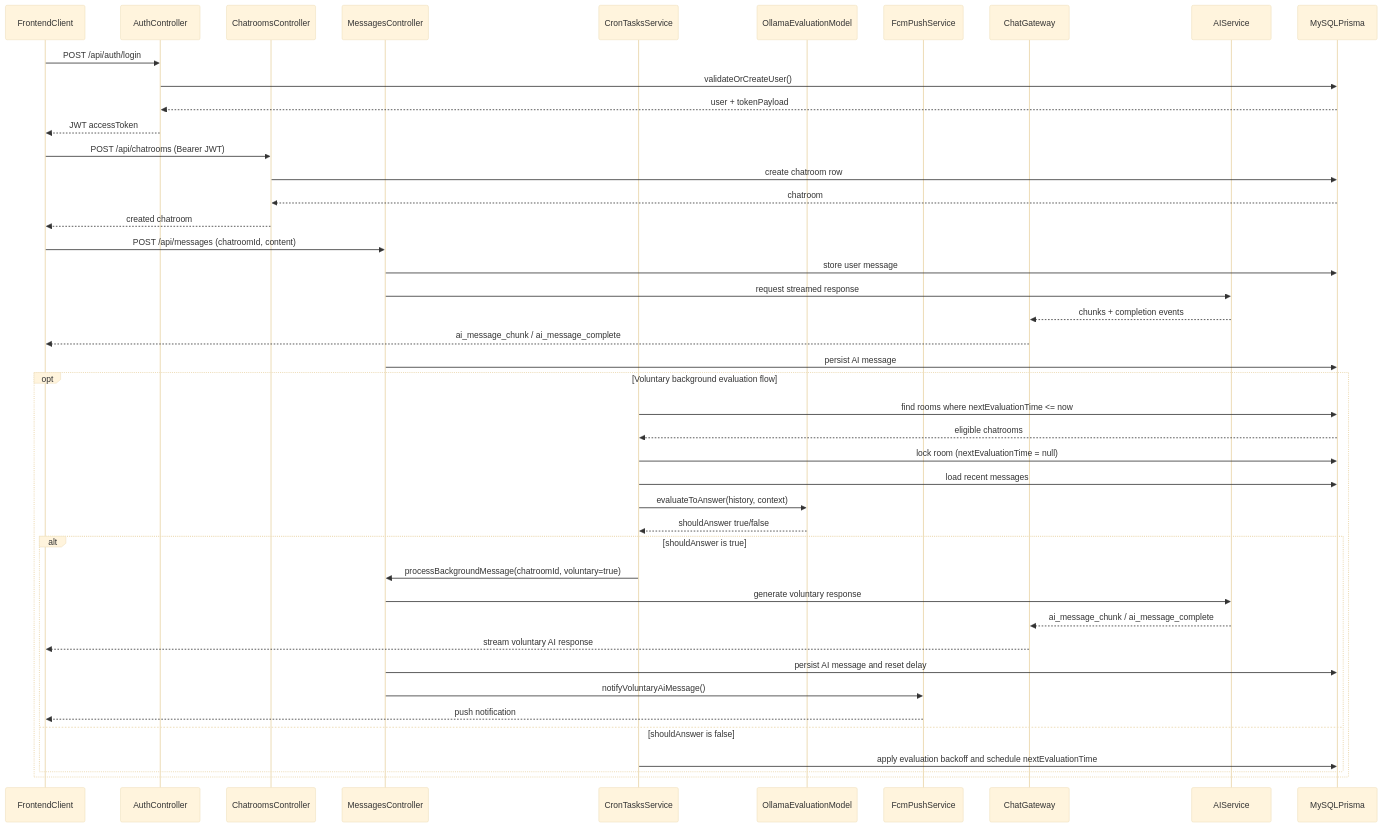
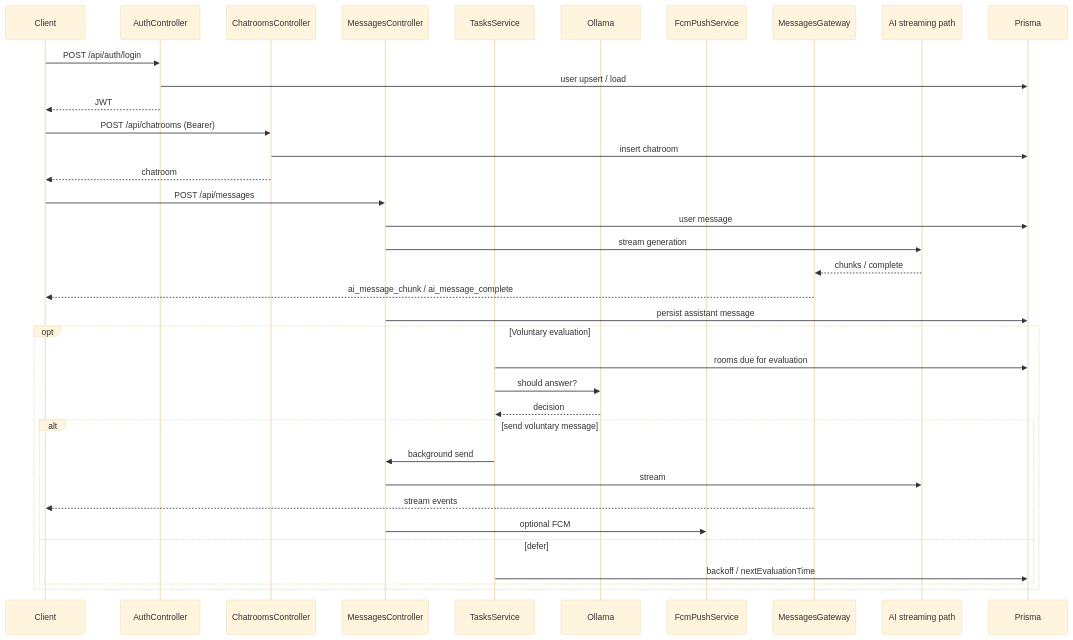
One commit to wndgur2/chatty changed the second of 2 diagrams in backend/README.md. Above: the diagram before and after it, drawn with Mermaid (base theme). The commit also changed other lines of this file and 5 other files, not shown here.

````diff
--- a/backend/README.md
+++ b/backend/README.md
@@ -163,51 +163,42 @@
 ```mermaid
 sequenceDiagram
-  participant Client as FrontendClient
+  participant Client as Client
   participant Auth as AuthController
   participant Chatrooms as ChatroomsController
   participant Messages as MessagesController
-  participant Scheduler as CronTasksService
-  participant EvalAI as OllamaEvaluationModel
+  participant Tasks as TasksService
+  participant Eval as Ollama
   participant Push as FcmPushService
-  participant Gateway as ChatGateway
-  participant AI as AIService
-  participant DB as MySQLPrisma
+  participant Gateway as MessagesGateway
+  participant AI as AI streaming path
+  participant DB as Prisma
 
   Client->>Auth: POST /api/auth/login
-  Auth->>DB: validateOrCreateUser()
-  DB-->>Auth: user + tokenPayload
-  Auth-->>Client: JWT accessToken
+  Auth->>DB: user upsert / load
+  Auth-->>Client: JWT
 
-  Client->>Chatrooms: POST /api/chatrooms (Bearer JWT)
-  Chatrooms->>DB: create chatroom row
-  DB-->>Chatrooms: chatroom
-  Chatrooms-->>Client: created chatroom
+  Client->>Chatrooms: POST /api/chatrooms (Bearer)
+  Chatrooms->>DB: insert chatroom
+  Chatrooms-->>Client: chatroom
 
-  Client->>Messages: POST /api/messages (chatroomId, content)
-  Messages->>DB: store user message
-  Messages->>AI: request streamed response
-  AI-->>Gateway: chunks + completion events
+  Client->>Messages: POST /api/messages
+  Messages->>DB: user message
+  Messages->>AI: stream generation
+  AI-->>Gateway: chunks / complete
   Gateway-->>Client: ai_message_chunk / ai_message_complete
-  Messages->>DB: persist AI message
+  Messages->>DB: persist assistant message
 
-  opt Voluntary background evaluation flow
-    Scheduler->>DB: find rooms where nextEvaluationTime <= now
-    DB-->>Scheduler: eligible chatrooms
-    Scheduler->>DB: lock room (nextEvaluationTime = null)
-    Scheduler->>DB: load recent messages
-    Scheduler->>EvalAI: evaluateToAnswer(history, context)
-    EvalAI-->>Scheduler: shouldAnswer true/false
-
-    alt shouldAnswer is true
-      Scheduler->>Messages: processBackgroundMessage(chatroomId, voluntary=true)
-      Messages->>AI: generate voluntary response
-      AI-->>Gateway: ai_message_chunk / ai_message_complete
-      Gateway-->>Client: stream voluntary AI response
-      Messages->>DB: persist AI message and reset delay
-      Messages->>Push: notifyVoluntaryAiMessage()
-      Push-->>Client: push notification
-    else shouldAnswer is false
-      Scheduler->>DB: apply evaluation backoff and schedule nextEvaluationTime
+  opt Voluntary evaluation
+    Tasks->>DB: rooms due for evaluation
+    Tasks->>Eval: should answer?
+    Eval-->>Tasks: decision
+    alt send voluntary message
+      Tasks->>Messages: background send
+      Messages->>AI: stream
+      Gateway-->>Client: stream events
+      Messages->>Push: optional FCM
+    else defer
+      Tasks->>DB: backoff / nextEvaluationTime
     end
   end
 ```
````
